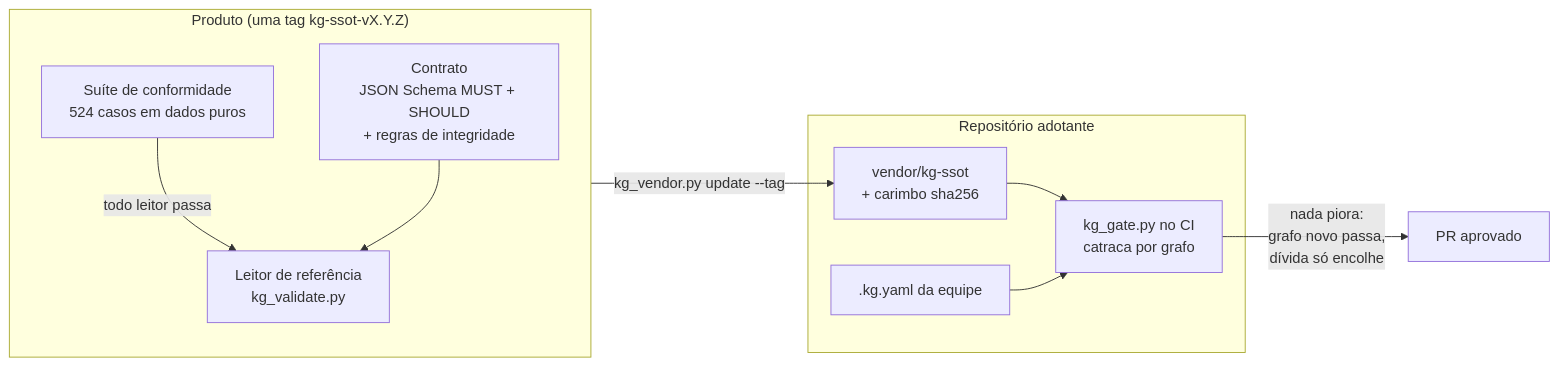
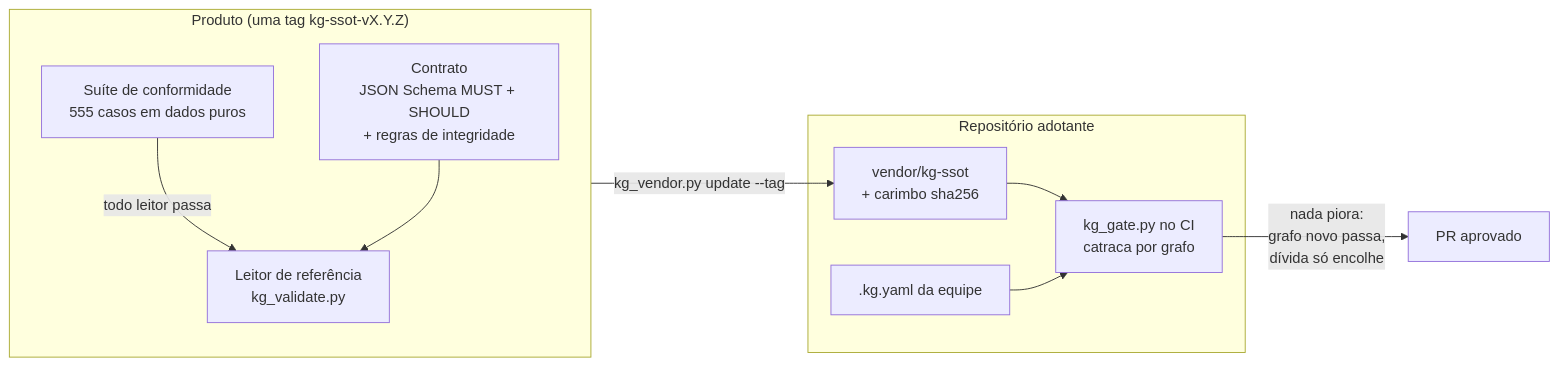
One commit to marciocar/kg-ssot changed the diagram in README.pt-BR.md. Above: the diagram before and after it, drawn with Mermaid. The commit also changed other lines of this file and 418 other files, not shown here.

````diff
--- a/README.pt-BR.md
+++ b/README.pt-BR.md
@@ -163,19 +163,19 @@
 ```mermaid
 flowchart LR
   subgraph product["Produto (uma tag kg-ssot-vX.Y.Z)"]
     C["Contrato<br/>JSON Schema MUST + SHOULD<br/>+ regras de integridade"]
-    S["Suíte de conformidade<br/>524 casos em dados puros"]
+    S["Suíte de conformidade<br/>555 casos em dados puros"]
     R["Leitor de referência<br/>kg_validate.py"]
     S -- "todo leitor passa" --> R
     C --> R
   end
   subgraph adopter["Repositório adotante"]
     V["vendor/kg-ssot<br/>+ carimbo sha256"]
     G["kg_gate.py no CI<br/>catraca por grafo"]
     K[".kg.yaml da equipe"]
     V --> G
     K --> G
   end
   product -- "kg_vendor.py update --tag" --> V
   G -- "nada piora:<br/>grafo novo passa,<br/>dívida só encolhe" --> PR["PR aprovado"]
 ```
````
